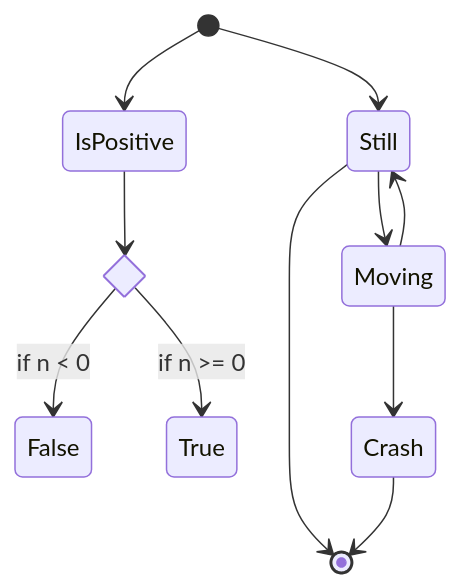
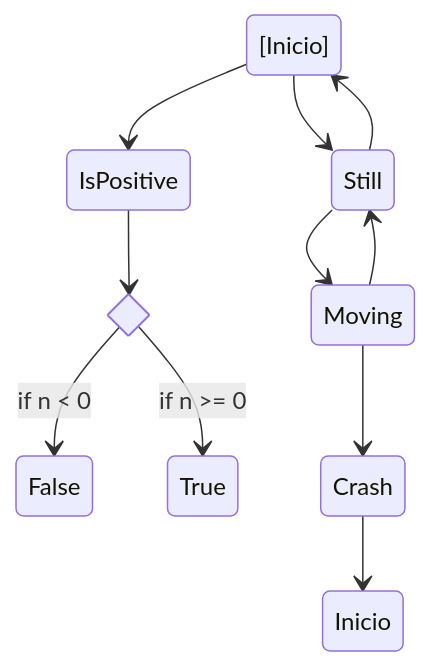
Before and after one commit to arycomputer/challenge_Amigo_Secreto: the first of 2 diagrams in README.md, drawn with Mermaid. The commit also changed other lines of this file, not shown here.

````diff
--- a/README.md
+++ b/README.md
@@ -79,15 +79,15 @@
 ```mermaid
 stateDiagram-v2
 state if_state <<choice>>
-    [*] --> IsPositive
+    [Inicio] --> IsPositive
     IsPositive --> if_state
     if_state --> False: if n < 0
     if_state --> True : if n >= 0
-    [*] --> Still
-    Still --> [*]
+    [Inicio] --> Still
+    Still --> [Inicio]
 %% this is a comment
     Still --> Moving
     Moving --> Still %% another comment
     Moving --> Crash
-    Crash --> [*]
+    Crash --> Inicio
 ```
````
